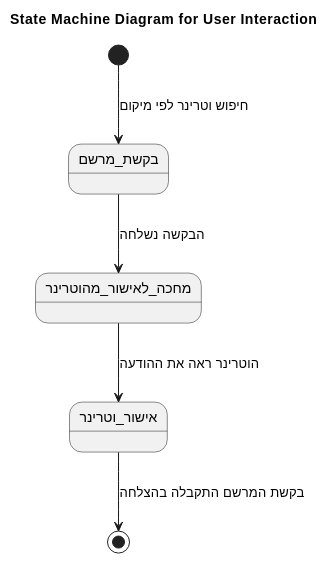
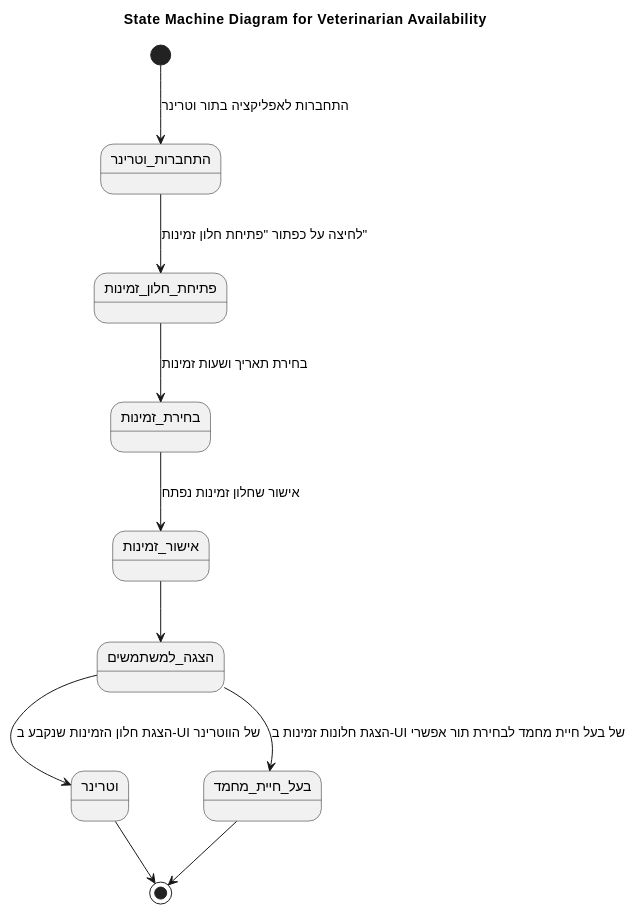
Before and after one commit to MyVet-app/MyVet: the diagram in app/Diagrams/State_Machin_diag.puml, drawn with PlantUML. The commit also changed 2 other files, not shown here.

Commit message:
Update diagrams

```diff
--- a/app/Diagrams/State_Machin_diag.puml
+++ b/app/Diagrams/State_Machin_diag.puml
@@ -1,13 +1,21 @@
 @startuml
 
-title State Machine Diagram for User Interaction
+title State Machine Diagram for Veterinarian Availability
 
-[*] --> בקשת_מרשם : חיפוש וטרינר לפי מיקום
-בקשת_מרשם --> מחכה_לאישור_מהוטרינר : הבקשה נשלחה
+[*] --> התחברות_וטרינר : התחברות לאפליקציה בתור וטרינר
 
-'מחכה_לאישור_מהוטרינר --> מחכה_לאישור_מהוטרינר
+התחברות_וטרינר --> פתיחת_חלון_זמינות : לחיצה על כפתור "פתיחת חלון זמינות"
 
-מחכה_לאישור_מהוטרינר --> אישור_וטרינר : הוטרינר ראה את ההודעה
+פתיחת_חלון_זמינות --> בחירת_זמינות : בחירת תאריך ושעות זמינות
 
-אישור_וטרינר --> [*] : בקשת המרשם התקבלה בהצלחה
+בחירת_זמינות --> אישור_זמינות : אישור שחלון זמינות נפתח
+
+אישור_זמינות --> הצגה_למשתמשים
+הצגה_למשתמשים --> וטרינר : הצגת חלון הזמינות שנקבע ב-UI של הווטרינר
+הצגה_למשתמשים --> בעל_חיית_מחמד : הצגת חלונות זמינות ב-UI של בעל חיית מחמד לבחירת תור אפשרי
+
+
+וטרינר --> [*]
+בעל_חיית_מחמד --> [*]
+
 @enduml
```
